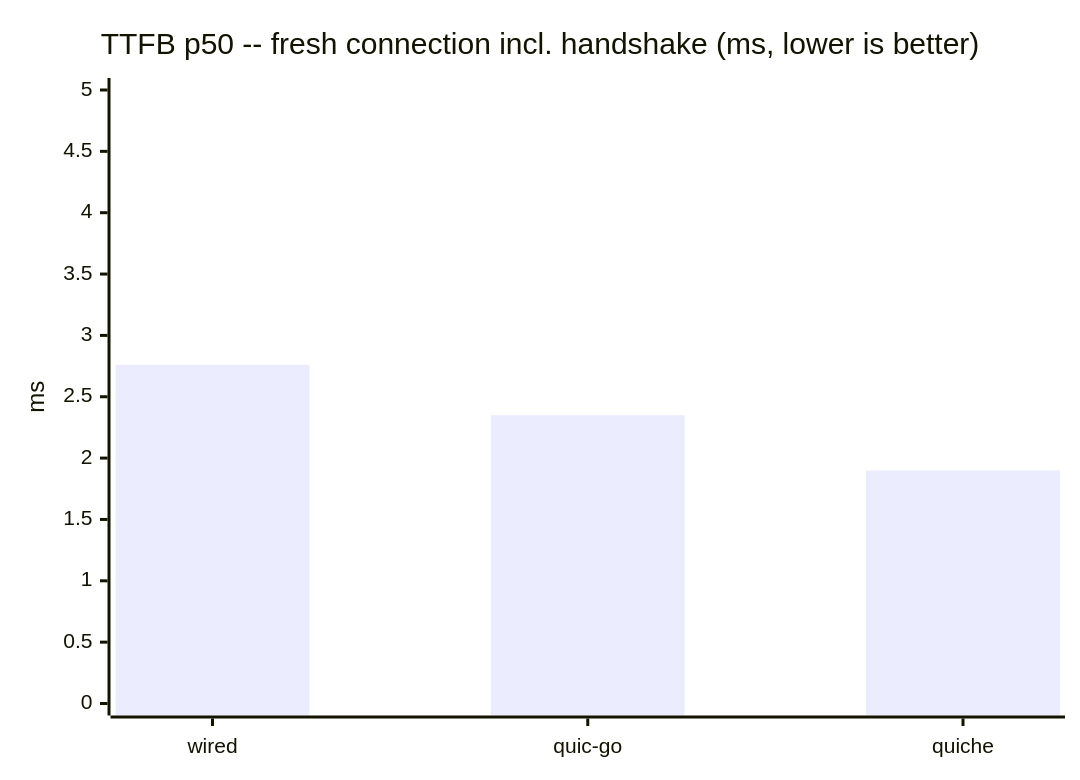
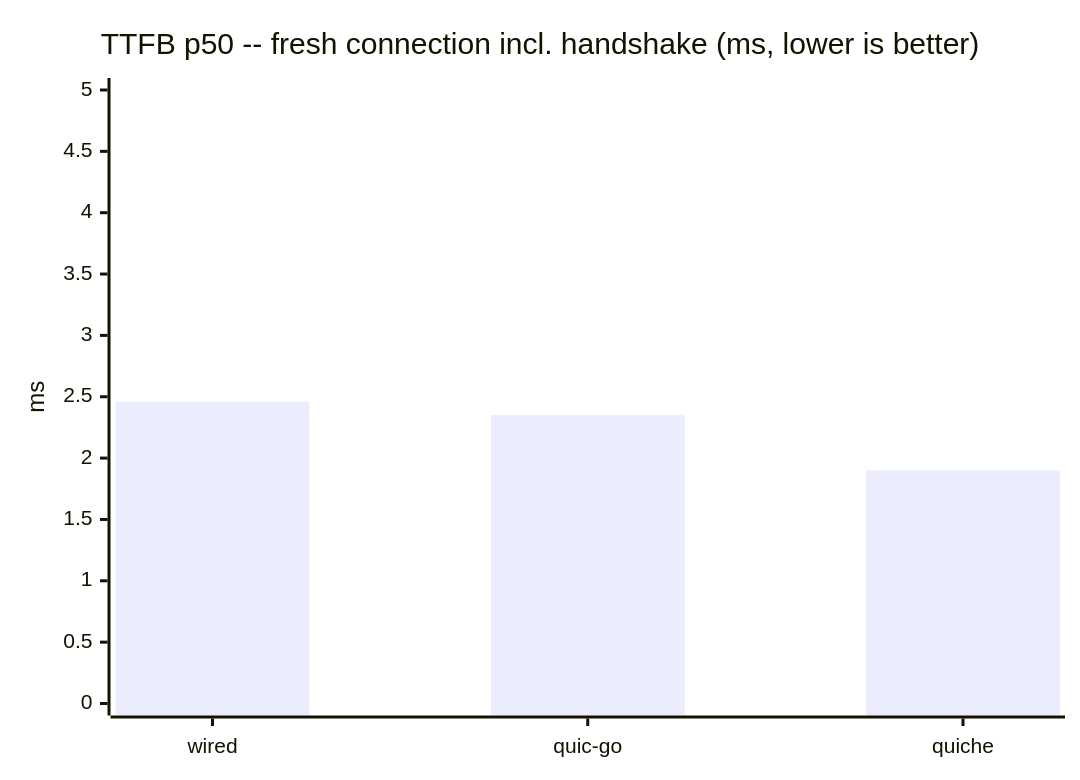
The third of 6 diagrams in docs/performance/comparison.md (Hakkadaikon/wired), drawn with Mermaid before and after one commit. The commit also changed other lines of this file and 1 other file, not shown here.

````diff
--- a/docs/performance/comparison.md
+++ b/docs/performance/comparison.md
@@ -256,7 +265,7 @@
 ```mermaid
 xychart-beta
     title "TTFB p50 -- fresh connection incl. handshake (ms, lower is better)"
     x-axis ["wired", "quic-go", "quiche"]
     y-axis "ms" 0 --> 5
-    bar [2.76, 2.35, 1.90]
+    bar [2.46, 2.35, 1.90]
 ```
````
